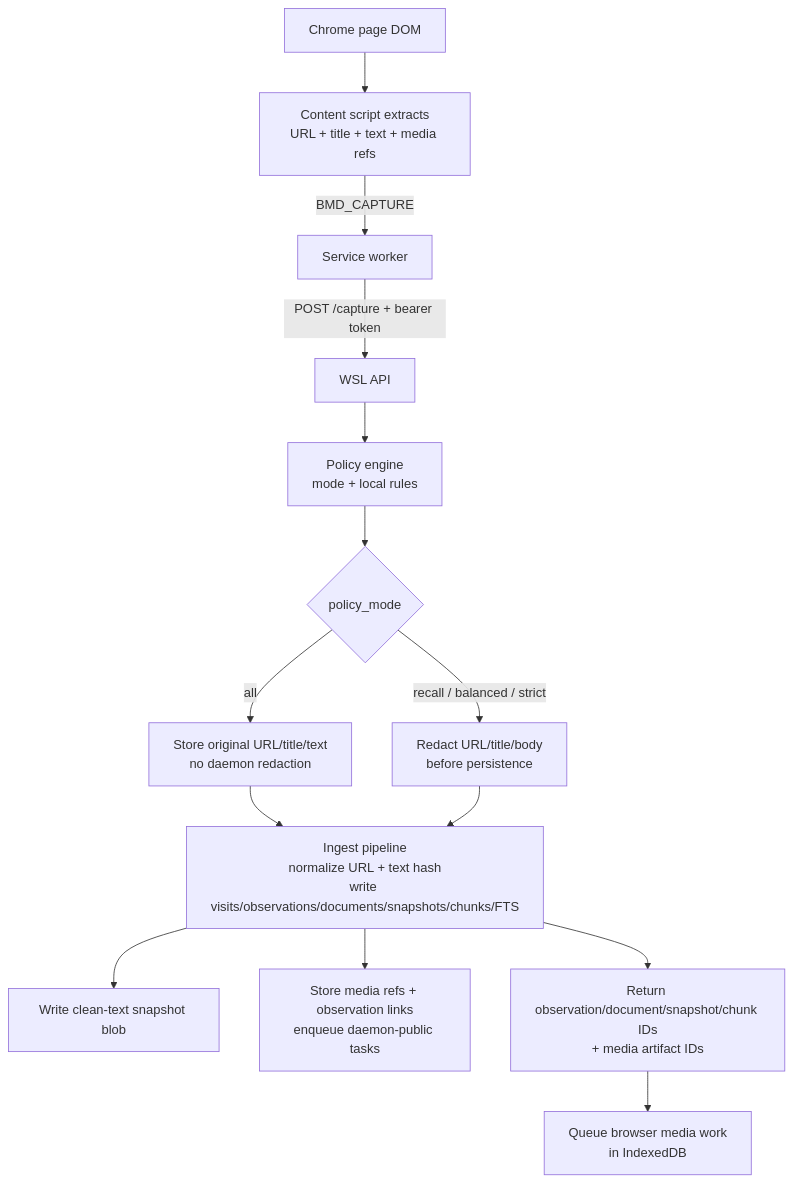
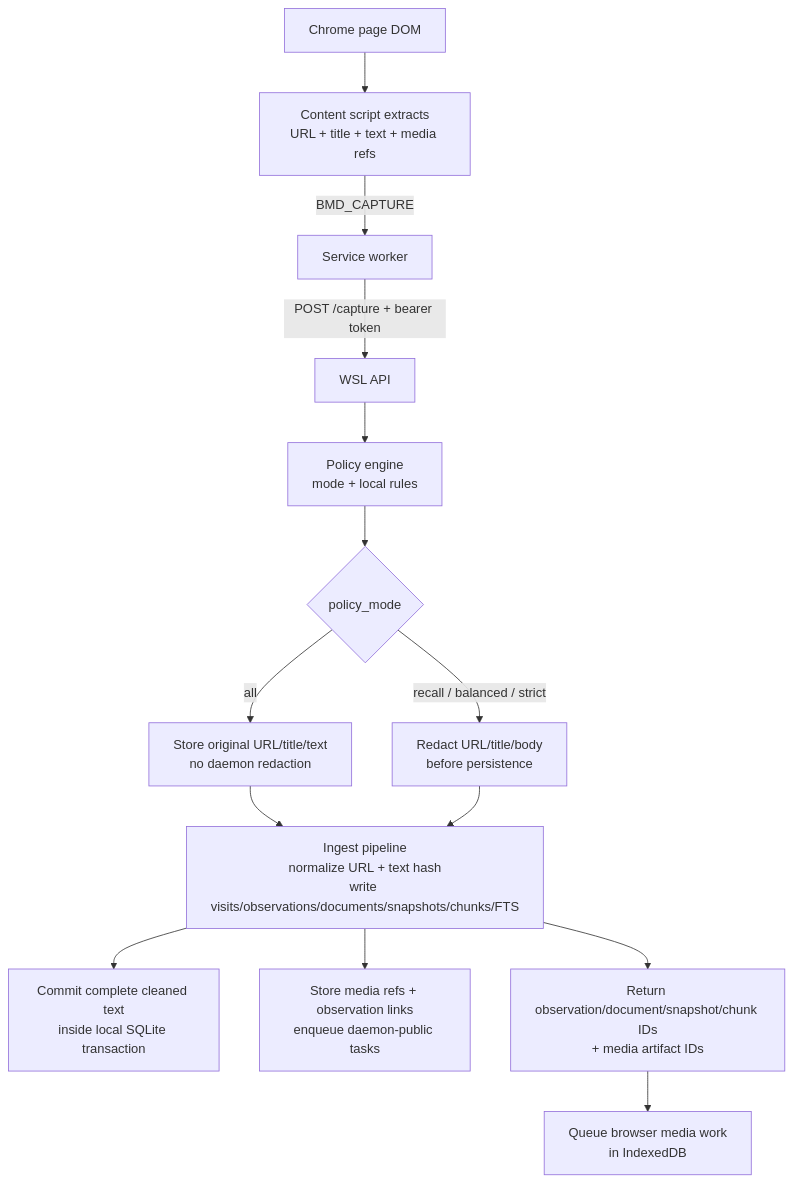
One commit to michaelnicks0/browser-memory-daemon changed the third of 8 diagrams in docs/DIAGRAMS.md. Above: the diagram before and after it, drawn with Mermaid. The commit also changed other lines of this file and 184 other files, not shown here.

````diff
--- a/docs/DIAGRAMS.md
+++ b/docs/DIAGRAMS.md
@@ -64,16 +64,16 @@
 ```mermaid
 flowchart TD
   Page["Chrome page DOM"] --> Extract["Content script extracts<br/>URL + title + text + media refs"]
   Extract -->|"BMD_CAPTURE"| SW["Service worker"]
   SW -->|"POST /capture + bearer token"| API["WSL API"]
   API --> Policy["Policy engine<br/>mode + local rules"]
   Policy --> Decision{"policy_mode"}
   Decision -->|"all"| All["Store original URL/title/text<br/>no daemon redaction"]
   Decision -->|"recall / balanced / strict"| Redact["Redact URL/title/body<br/>before persistence"]
   All --> Store["Ingest pipeline<br/>normalize URL + text hash<br/>write visits/observations/documents/snapshots/chunks/FTS"]
   Redact --> Store
-  Store --> TextBlobs["Write clean-text snapshot blob"]
+  Store --> SQLiteText["Commit complete cleaned text<br/>inside local SQLite transaction"]
   Store --> MediaRefs["Store media refs + observation links<br/>enqueue daemon-public tasks"]
   Store --> Response["Return observation/document/snapshot/chunk IDs<br/>+ media artifact IDs"]
   Response --> Queue["Queue browser media work<br/>in IndexedDB"]
 ```
````
